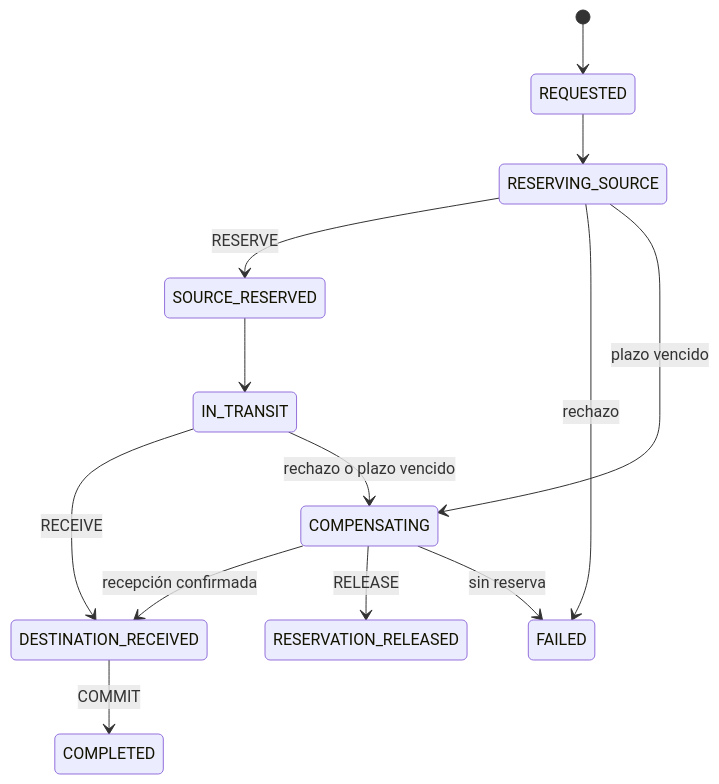
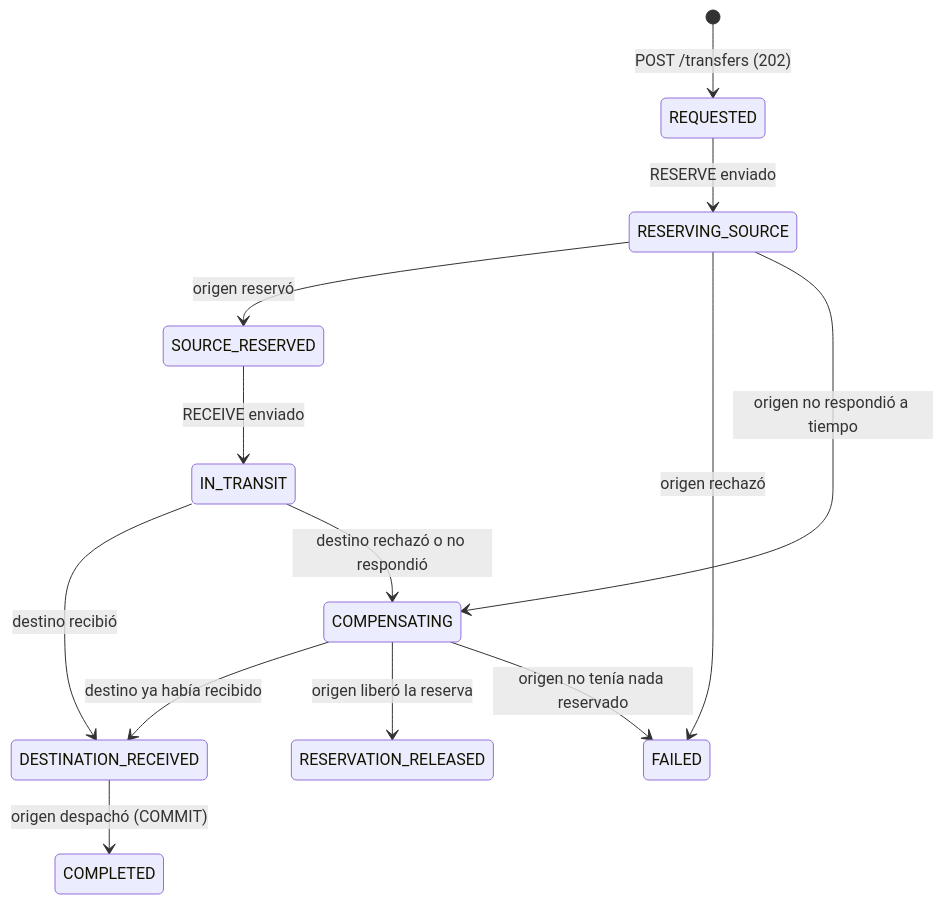
Before and after one commit to Figue4870/warehouse-platform: the diagram in docs/fases/FASE_6.md, drawn with Mermaid. The commit also changed other lines of this file and 68 other files, not shown here.

````diff
--- a/docs/fases/FASE_6.md
+++ b/docs/fases/FASE_6.md
@@ -5,15 +46,15 @@
 ```mermaid
 stateDiagram-v2
-    [*] --> REQUESTED
-    REQUESTED --> RESERVING_SOURCE
-    RESERVING_SOURCE --> SOURCE_RESERVED: RESERVE
-    SOURCE_RESERVED --> IN_TRANSIT
-    IN_TRANSIT --> DESTINATION_RECEIVED: RECEIVE
-    DESTINATION_RECEIVED --> COMPLETED: COMMIT
-    RESERVING_SOURCE --> FAILED: rechazo
-    RESERVING_SOURCE --> COMPENSATING: plazo vencido
-    IN_TRANSIT --> COMPENSATING: rechazo o plazo vencido
-    COMPENSATING --> DESTINATION_RECEIVED: recepción confirmada
-    COMPENSATING --> RESERVATION_RELEASED: RELEASE
-    COMPENSATING --> FAILED: sin reserva
+    [*] --> REQUESTED: POST /transfers (202)
+    REQUESTED --> RESERVING_SOURCE: RESERVE enviado
+    RESERVING_SOURCE --> SOURCE_RESERVED: origen reservó
+    SOURCE_RESERVED --> IN_TRANSIT: RECEIVE enviado
+    IN_TRANSIT --> DESTINATION_RECEIVED: destino recibió
+    DESTINATION_RECEIVED --> COMPLETED: origen despachó (COMMIT)
+    RESERVING_SOURCE --> FAILED: origen rechazó
+    RESERVING_SOURCE --> COMPENSATING: origen no respondió a tiempo
+    IN_TRANSIT --> COMPENSATING: destino rechazó o no respondió
+    COMPENSATING --> DESTINATION_RECEIVED: destino ya había recibido
+    COMPENSATING --> RESERVATION_RELEASED: origen liberó la reserva
+    COMPENSATING --> FAILED: origen no tenía nada reservado
 ```
````
